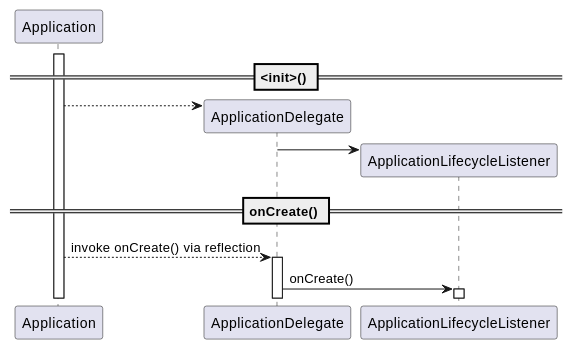
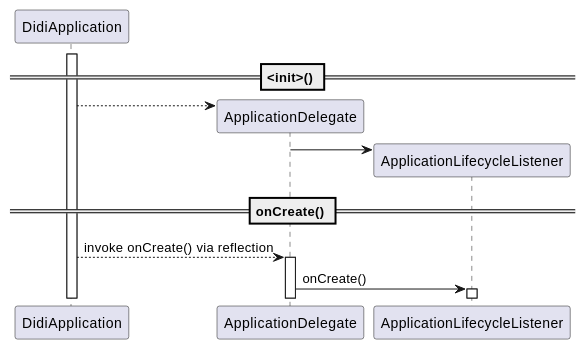
Before and after one commit to johnsonlee/blog: the diagram in source/_posts/working-as-an-architect-at-didi-1.md, drawn with PlantUML.

Commit message:
Update post `working-as-an-architect-at-didi-1`

````diff
--- a/source/_posts/working-as-an-architect-at-didi-1.md
+++ b/source/_posts/working-as-an-architect-at-didi-1.md
@@ -39,15 +39,15 @@
 ```plantuml
 @startuml
 == <init>() ==
-activate Application
+activate DidiApplication
 create ApplicationDelegate
-Application --> ApplicationDelegate
+DidiApplication --> ApplicationDelegate
 create ApplicationLifecycleListener
 ApplicationDelegate -> ApplicationLifecycleListener
 == onCreate() ==
-Application --> ApplicationDelegate: invoke onCreate() via reflection
+DidiApplication --> ApplicationDelegate: invoke onCreate() via reflection
 activate ApplicationDelegate
 ApplicationDelegate -> ApplicationLifecycleListener: onCreate()
 activate ApplicationLifecycleListener
 @enduml
 ```
````
